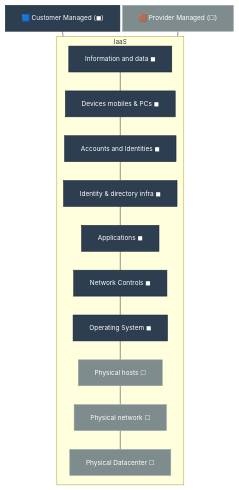
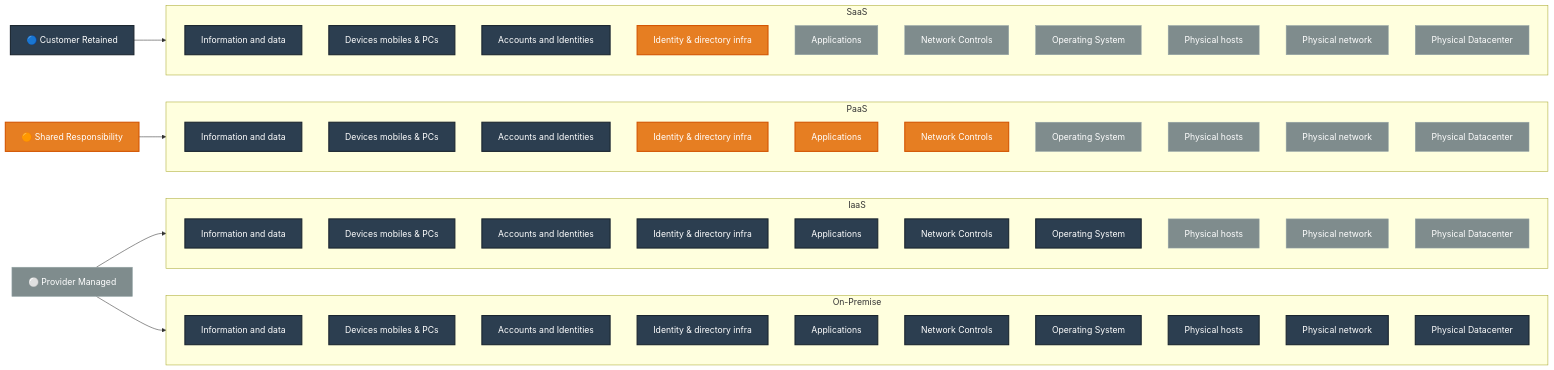
One commit to Chaitrali-tambe/az-900-Notes changed the diagram in 2-Shared-responsibility-model.md. Above: the diagram before and after it, drawn with Mermaid.

````diff
--- a/2-Shared-responsibility-model.md
+++ b/2-Shared-responsibility-model.md
@@ -5,32 +5,81 @@
 ```mermaid
-	%%{init: {'flowchart': {'rankSpacing': 10, 'nodeSpacing': 5}, 'themeVariables': {'nodePadding': 4, 'fontSize': '12px'}}}%%
-graph TD
+	graph LR
     %% Styles and Themes
-    classDef customer fill:#2c3e50,stroke:#1a252f,stroke-width:1px,color:#fff;
+    classDef customer fill:#2c3e50,stroke:#1a252f,stroke-width:2px,color:#fff;
+    classDef shared fill:#e67e22,stroke:#d35400,stroke-width:2px,color:#fff;
     classDef provider fill:#7f8c8d,stroke:#95a5a6,stroke-width:1px,color:#fff;
-    classDef groupStyle fill:#f8f9fa,stroke:#bdc3c7,stroke-width:1px;
+    classDef groupStyle fill:#f8f9fa,stroke:#bdc3c7,stroke-width:1px,stroke-dasharray: 5 5;
 
-    %% --- INLINE LEGEND NODES ---
-    L1["🟦 Customer Managed (◼)"]:::customer --- IaaS
-    L2["🟫 Provider Managed (☐)"]:::provider --- IaaS
+    %% --- MAP-STYLE INLINE LEGEND ---
+    L1["🔵 Customer Retained"]:::customer --> SaaS
+    L2["🟠 Shared Responsibility"]:::shared --> PaaS
+    L3["⚪ Provider Managed"]:::provider --> IaS
 
-    %% --- COMPACT IAAS COLUMN ---
-    subgraph IaaS [IaaS]
-        direction TB
-        I1[Information and data ◼]:::customer ---
-        I2[Devices mobiles & PCs ◼]:::customer ---
-        I3[Accounts and Identities ◼]:::customer ---
-        I4[Identity & directory infra ◼]:::customer ---
-        I5[Applications ◼]:::customer ---
-        I6[Network Controls ◼]:::customer ---
-        I7[Operating System ◼]:::customer ---
-        I8[Physical hosts ☐]:::provider ---
-        I9[Physical network ☐]:::provider ---
-        I10[Physical Datacenter ☐]:::provider
+    %% --- SAAS COLUMN ---
+    subgraph SaaS [SaaS]
+        S1[Information and data]:::customer
+        S2[Devices mobiles & PCs]:::customer
+        S3[Accounts and Identities]:::customer
+        S4[Identity & directory infra]:::shared
+        S5[Applications]:::provider
+        S6[Network Controls]:::provider
+        S7[Operating System]:::provider
+        S8[Physical hosts]:::provider
+        S9[Physical network]:::provider
+        S10[Physical Datacenter]:::provider
     end
 
-    %% Apply group style
-    style IaaS groupStyle
+    %% --- PAAS COLUMN ---
+    subgraph PaaS [PaaS]
+        P1[Information and data]:::customer
+        P2[Devices mobiles & PCs]:::customer
+        P3[Accounts and Identities]:::customer
+        P4[Identity & directory infra]:::shared
+        P5[Applications]:::shared
+        P6[Network Controls]:::shared
+        P7[Operating System]:::provider
+        P8[Physical hosts]:::provider
+        P9[Physical network]:::provider
+        P10[Physical Datacenter]:::provider
+    end
+
+    %% --- IAAS COLUMN ---
+    subgraph IaS [IaaS]
+        I1[Information and data]:::customer
+        I2[Devices mobiles & PCs]:::customer
+        I3[Accounts and Identities]:::customer
+        I4[Identity & directory infra]:::customer
+        I5[Applications]:::customer
+        I6[Network Controls]:::customer
+        I7[Operating System]:::customer
+        I8[Physical hosts]:::provider
+        I9[Physical network]:::provider
+        I10[Physical Datacenter]:::provider
+    end
+
+    %% --- ON-PREMISE COLUMN ---
+    subgraph OnPrem [On-Premise]
+        O1[Information and data]:::customer
+        O2[Devices mobiles & PCs]:::customer
+        O3[Accounts and Identities]:::customer
+        O4[Identity & directory infra]:::customer
+        O5[Applications]:::customer
+        O6[Network Controls]:::customer
+        O7[Operating System]:::customer
+        O8[Physical hosts]:::customer
+        O9[Physical network]:::customer
+        O10[Physical Datacenter]:::customer
+    end
+
+    %% Layout anchor for OnPrem column
+    L3 --> OnPrem
+
+    %% Apply group styles
+    style SaaS groupStyle
+    style PaaS groupStyle
+    style IaS groupStyle
+    style OnPrem groupStyle
+
 
 
 ```
````
